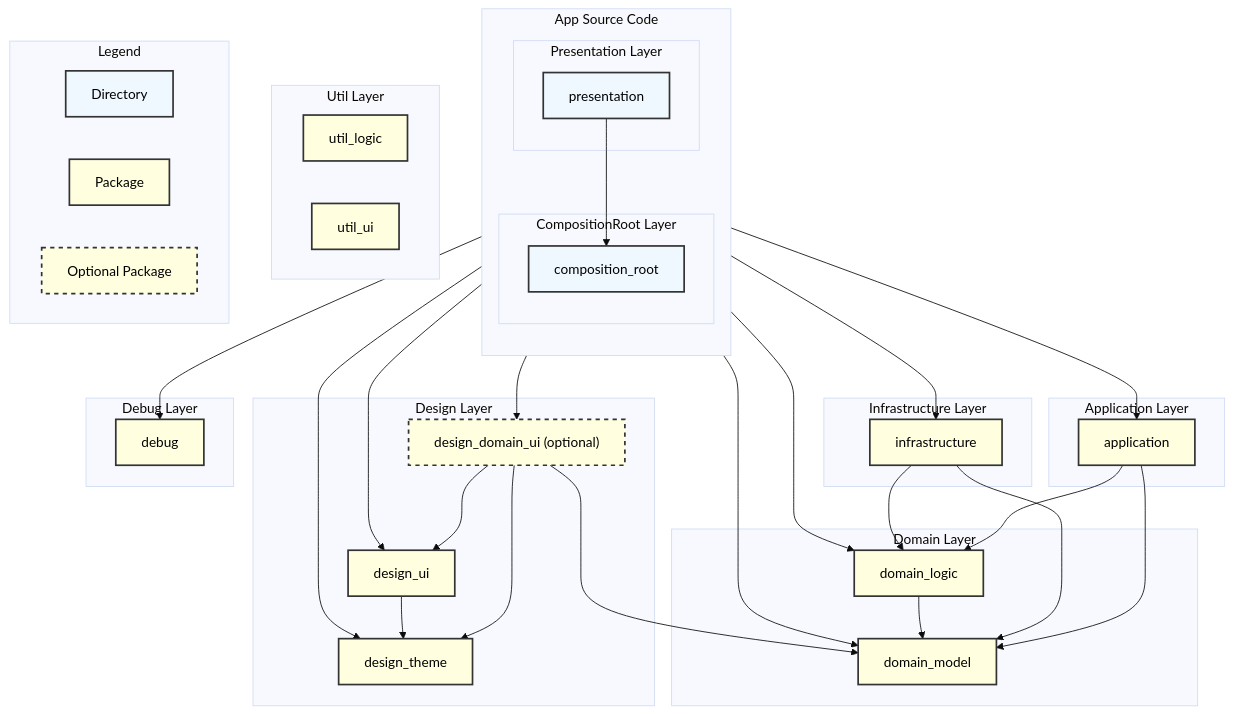
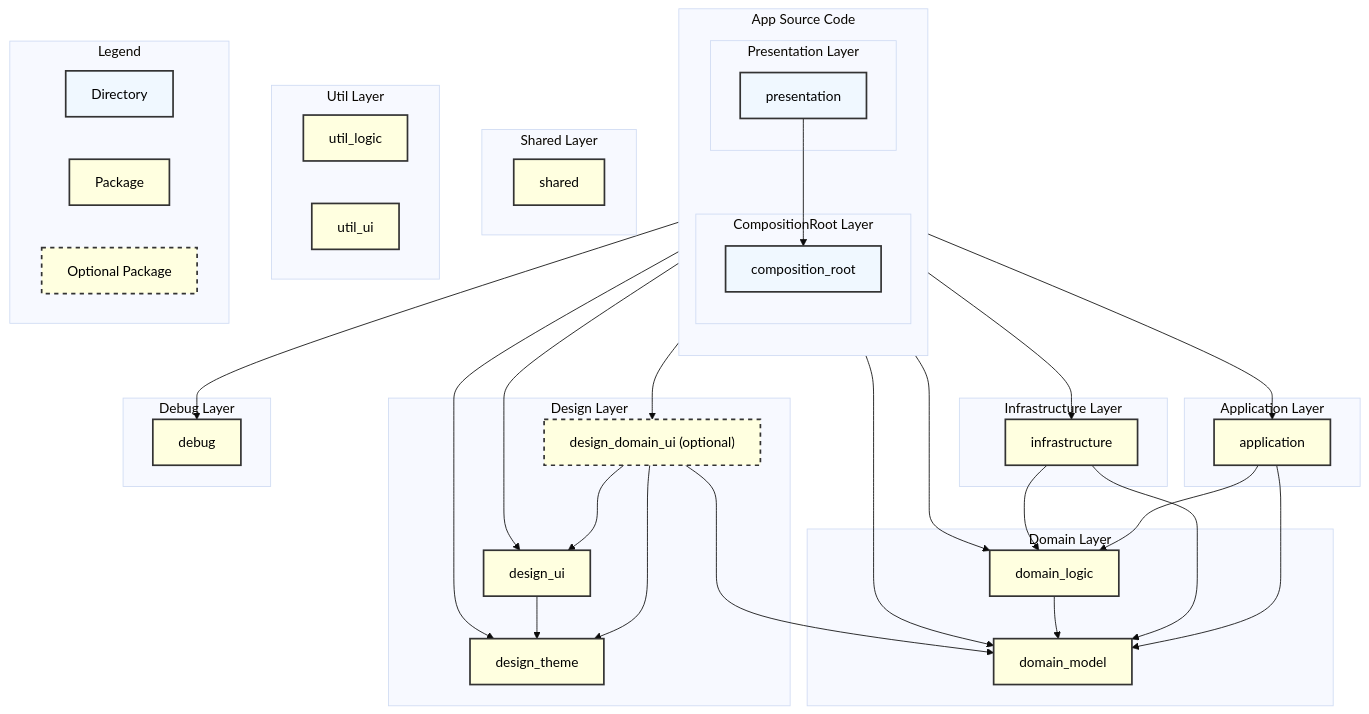
The diagram in docs/ARCHITECTURE.md (yumemi-inc/flutter-mobile-project-template), drawn with Mermaid (base theme) before and after one commit. The commit also changed other lines of this file, not shown here.

Commit message:
docs: Shared レイヤーについて追記

```diff
--- a/docs/ARCHITECTURE.md
+++ b/docs/ARCHITECTURE.md
@@ -94,6 +95,12 @@
     class debug package
   end
 
+  %% Shared Layer
+  subgraph "Shared Layer"
+    shared[shared]
+    class shared package
+  end
+
   %% Util Layer
   subgraph "Util Layer"
     util_logic[util_logic]
```
